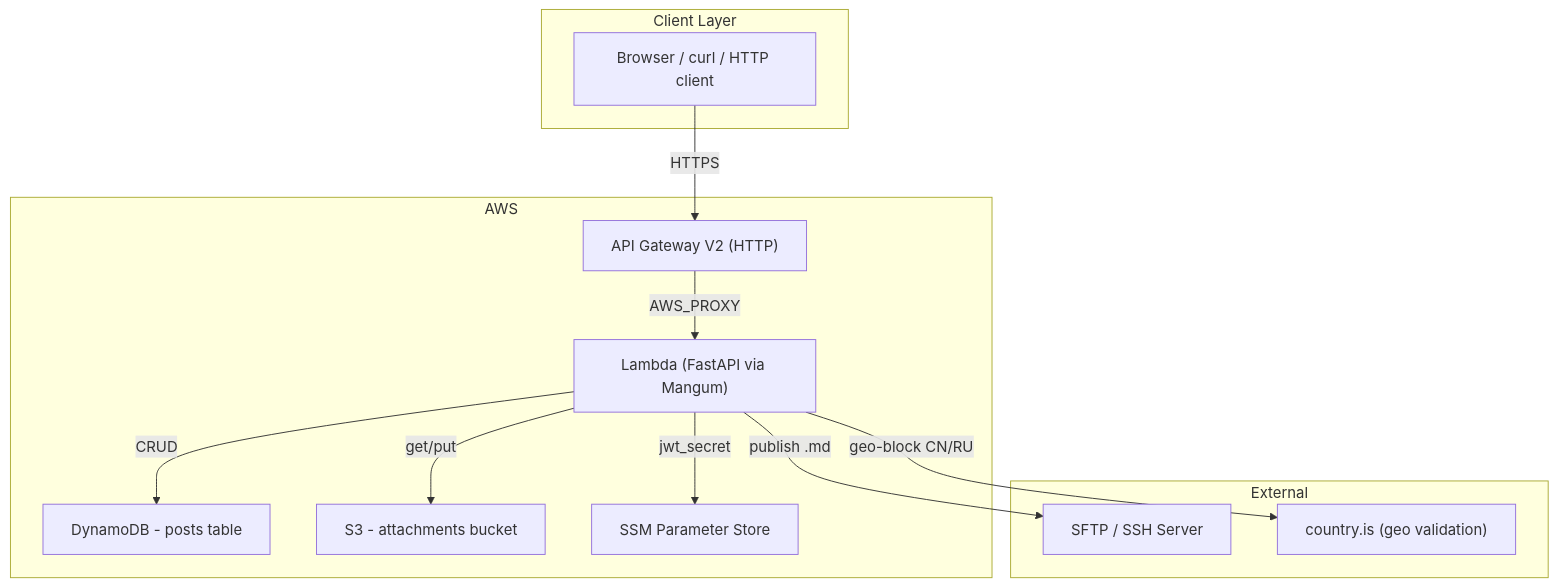
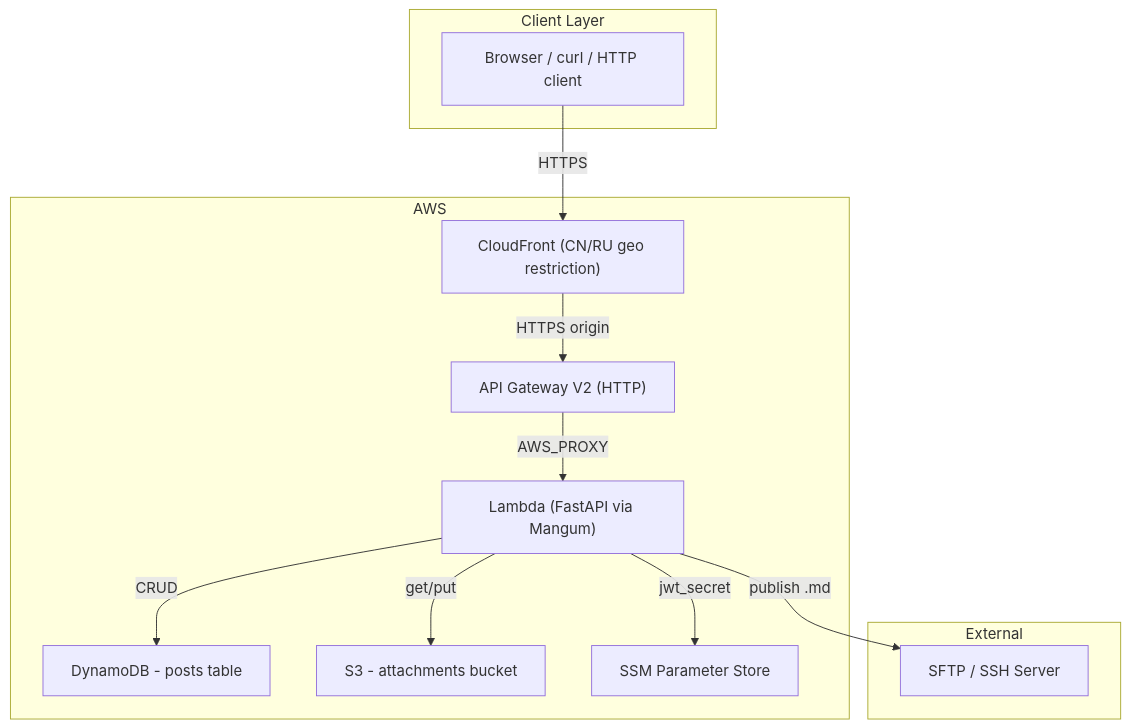
One commit to mobal/personal-backend-service changed the first of 5 diagrams in README.md. Above: the diagram before and after it, drawn with Mermaid. The commit also changed other lines of this file and 8 other files, not shown here.

First line of the commit message:
feat(edge): Apply geo restrictions at CloudFront

````diff
--- a/README.md
+++ b/README.md
@@ -53,27 +53,27 @@
 ```mermaid
 flowchart TD
     subgraph Client["Client Layer"]
         A["Browser / curl / HTTP client"]
     end
 
     subgraph AWS["AWS"]
-        B["API Gateway V2 (HTTP)"]
-        C["Lambda (FastAPI via Mangum)"]
-        D["DynamoDB - posts table"]
-        E["S3 - attachments bucket"]
-        F["SSM Parameter Store"]
+        B["CloudFront (CN/RU geo restriction)"]
+        C["API Gateway V2 (HTTP)"]
+        D["Lambda (FastAPI via Mangum)"]
+        E["DynamoDB - posts table"]
+        F["S3 - attachments bucket"]
+        G["SSM Parameter Store"]
     end
 
     subgraph Ext["External"]
-        G["SFTP / SSH Server"]
-        H["country.is (geo validation)"]
+        H["SFTP / SSH Server"]
     end
 
     A -->|HTTPS| B
-    B -->|AWS_PROXY| C
-    C -->|CRUD| D
-    C -->|get/put| E
-    C -->|jwt_secret| F
-    C -->|publish .md| G
-    C -->|geo-block CN/RU| H
+    B -->|HTTPS origin| C
+    C -->|AWS_PROXY| D
+    D -->|CRUD| E
+    D -->|get/put| F
+    D -->|jwt_secret| G
+    D -->|publish .md| H
 ```
````
